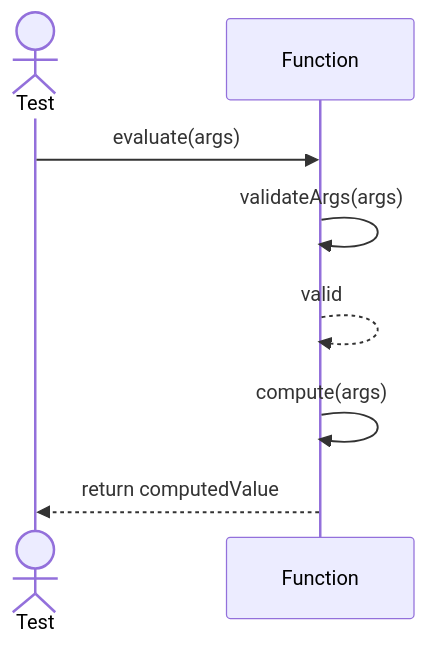
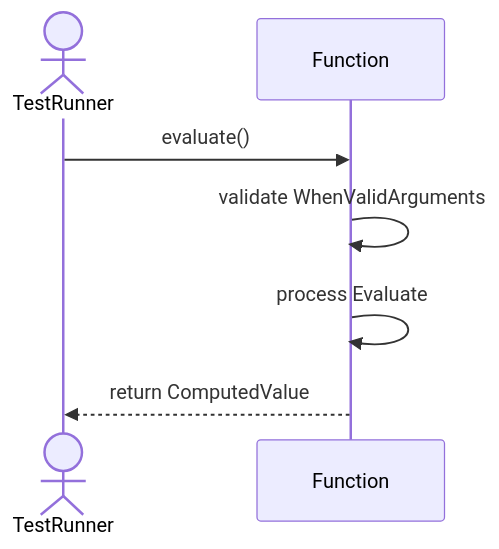
The first of 5 diagrams in Sequences/DatabaseObjectManagement/Function.md (TamBui1706/DBMS), drawn with Mermaid before and after one commit. The commit also changed other lines of this file and 63 other files, not shown here.

Commit message:
Draw sequence diagram for unit tests

````diff
--- a/Sequences/DatabaseObjectManagement/Function.md
+++ b/Sequences/DatabaseObjectManagement/Function.md
@@ -15,11 +16,9 @@
 ```mermaid
 sequenceDiagram
-    actor Test
+    actor TestRunner
     participant Function
-
-    Test->>Function: evaluate(args)
-    Function->>Function: validateArgs(args)
-    Function-->>Function: valid
-    Function->>Function: compute(args)
-    Function-->>Test: return computedValue
+    TestRunner->>Function: evaluate()
+    Function->>Function: validate WhenValidArguments
+    Function->>Function: process Evaluate
+    Function-->>TestRunner: return ComputedValue
 ```
````
